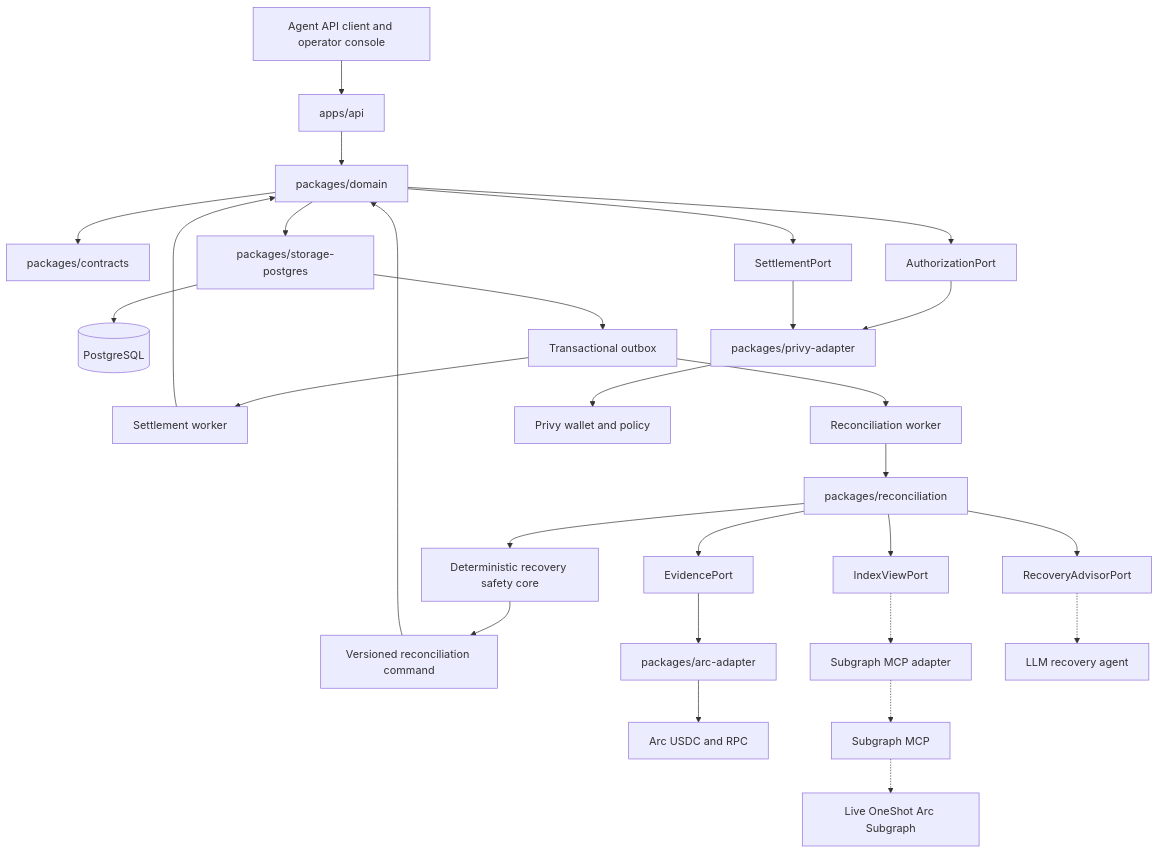
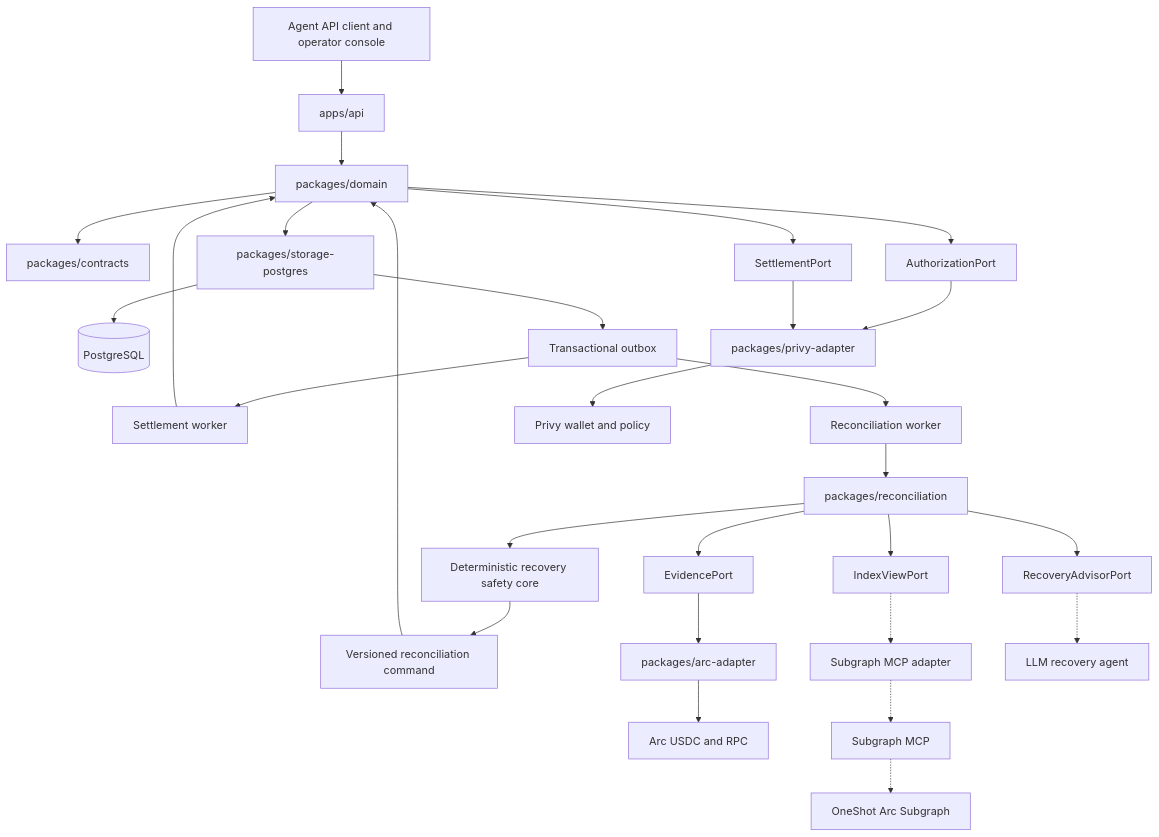
One commit to SWOFART/OneShot changed the first of 2 diagrams in README.md. Above: the diagram before and after it, drawn with Mermaid. The commit also changed other lines of this file and 12 other files, not shown here.

````diff
--- a/README.md
+++ b/README.md
@@ -35,33 +35,33 @@
 ```mermaid
 flowchart TB
     Clients[Agent API client and operator console] --> API[apps/api]
     API --> Domain[packages/domain]
     Domain --> Contracts[packages/contracts]
     Domain --> Storage[packages/storage-postgres]
     Storage --> DB[(PostgreSQL)]
     Storage --> Outbox[Transactional outbox]
     Outbox --> Worker[Settlement worker]
     Outbox --> RecoveryWorker[Reconciliation worker]
     Worker --> Domain
     RecoveryWorker --> Reconciliation[packages/reconciliation]
     Reconciliation --> SafetyCore[Deterministic recovery safety core]
     SafetyCore --> Command[Versioned reconciliation command]
     Command --> Domain
 
     Domain --> AuthPort[AuthorizationPort]
     Domain --> SettlementPort[SettlementPort]
     Reconciliation --> EvidencePort[EvidencePort]
     Reconciliation --> IndexPort[IndexViewPort]
     Reconciliation --> AdvisorPort[RecoveryAdvisorPort]
 
     AuthPort --> PrivyAdapter[packages/privy-adapter]
     SettlementPort --> PrivyAdapter
     EvidencePort --> ArcAdapter[packages/arc-adapter]
     IndexPort -.-> MCPAdapter[Subgraph MCP adapter]
     AdvisorPort -.-> RecoveryAgent[LLM recovery agent]
 
     PrivyAdapter --> Privy[Privy wallet and policy]
     ArcAdapter --> Arc[Arc USDC and RPC]
     MCPAdapter -.-> MCP[Subgraph MCP]
-    MCP -.-> GraphIndex[Live OneShot Arc Subgraph]
+    MCP -.-> GraphIndex[OneShot Arc Subgraph]
 ```
````
